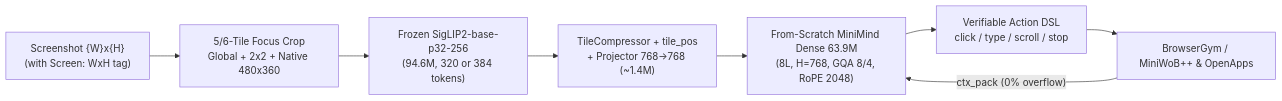
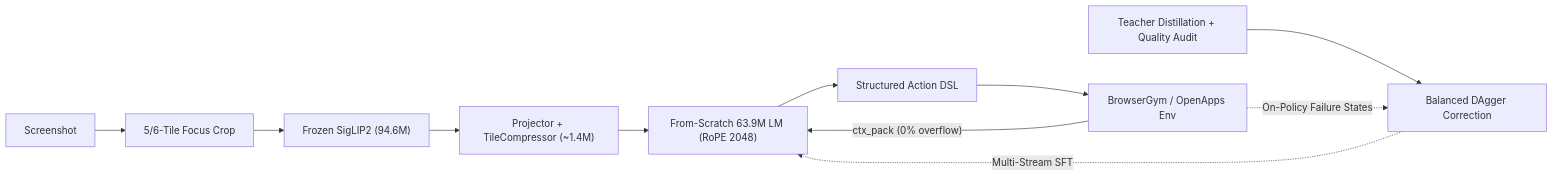
The diagram in README.md (ca1tshame/minimind-o-action), drawn with Mermaid before and after one commit. The commit also changed other lines of this file, not shown here.

````diff
--- a/README.md
+++ b/README.md
@@ -77,10 +76,14 @@
 ```mermaid
 flowchart LR
-    S["Screenshot {W}x{H}<br/>(with Screen: WxH tag)"] --> T["5/6-Tile Focus Crop<br/>Global + 2x2 + Native 480x360"]
-    T --> V["Frozen SigLIP2-base-p32-256<br/>(94.6M, 320 or 384 tokens)"]
-    V --> C["TileCompressor + tile_pos<br/>+ Projector 768->768 (~1.4M)"]
-    C --> LM["From-Scratch MiniMind Dense 63.9M<br/>(8L, H=768, GQA 8/4, RoPE 2048)"]
-    LM --> DSL["Verifiable Action DSL<br/>click / type / scroll / stop"]
-    DSL --> ENV["BrowserGym / MiniWoB++ &amp; OpenApps"]
-    ENV -->|"ctx_pack (0% overflow)"| LM
+    S["Screenshot"] --> T["5/6-Tile Focus Crop"]
+    T --> V["Frozen SigLIP2 (94.6M)"]
+    V --> P["Projector + TileCompressor (~1.4M)"]
+    P --> LM["From-Scratch 63.9M LM (RoPE 2048)"]
+    LM --> A["Structured Action DSL"]
+    A --> E["BrowserGym / OpenApps Env"]
+    E -->|"ctx_pack (0% overflow)"| LM
+
+    TData["Teacher Distillation + Quality Audit"] --> DLoop["Balanced DAgger Correction"]
+    E -.->|"On-Policy Failure States"| DLoop
+    DLoop -.->|"Multi-Stream SFT"| LM
 ```
````
